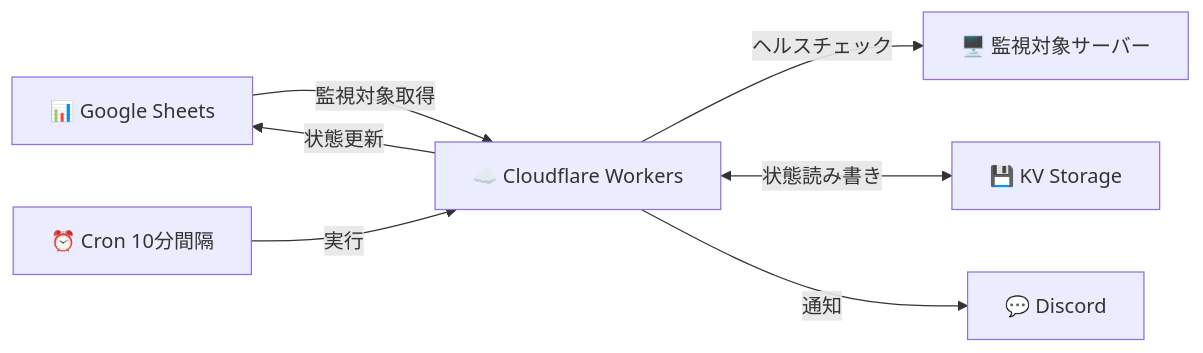
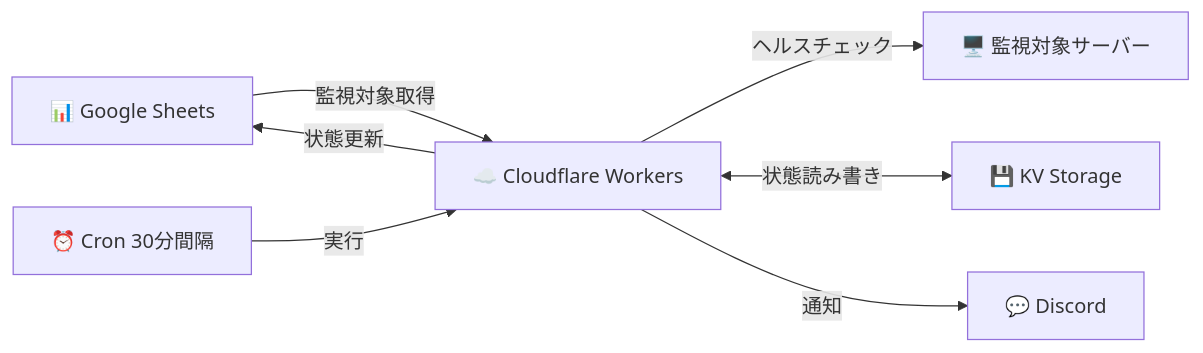
Before and after one commit to ROZ-MOFUMOFU-ME/smartwatchdog: the diagram in README.md, drawn with Mermaid. The commit also changed other lines of this file and 2 other files, not shown here.

First line of the commit message:
Adjust cron interval to 30 minutes to avoid rate limiting

````diff
--- a/README.md
+++ b/README.md
@@ -90,9 +92,9 @@
 ```mermaid
 graph LR
     A[📊 Google Sheets] -->|監視対象取得| B[☁️ Cloudflare Workers]
     B -->|ヘルスチェック| C[🖥️ 監視対象サーバー]
     B <-->|状態読み書き| D[💾 KV Storage]
     B -->|状態更新| A
     B -->|通知| E[💬 Discord]
-    F[⏰ Cron 10分間隔] -->|実行| B
+  F[⏰ Cron 30分間隔] -->|実行| B
 ```
````
